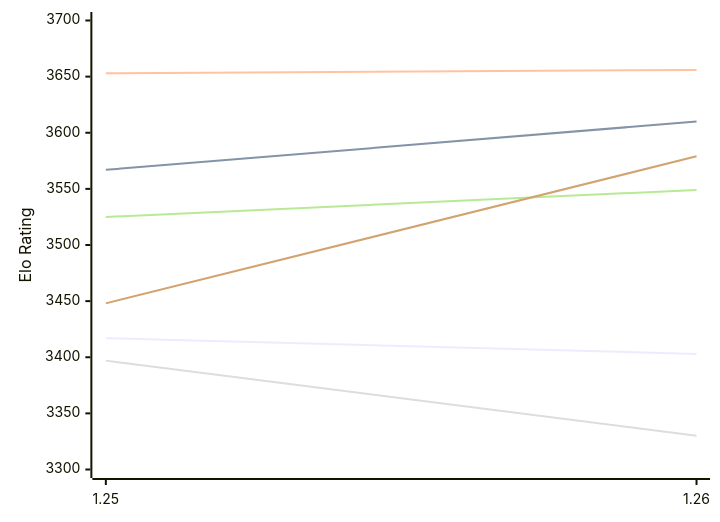
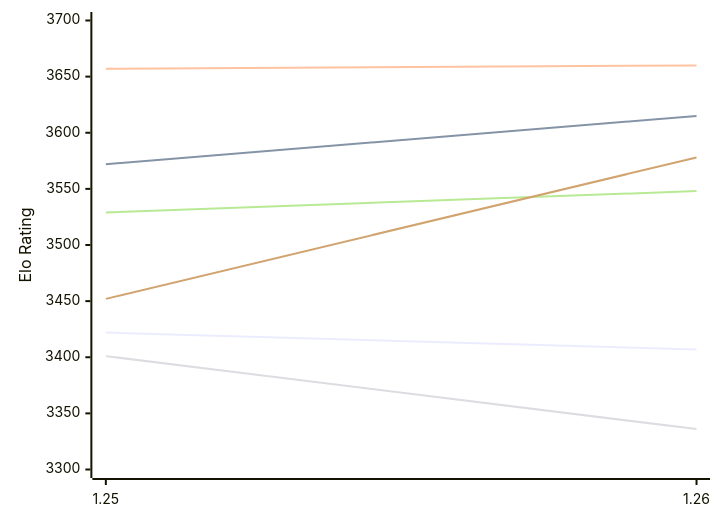
One commit to computer-chess-index/cci changed the first of 2 diagrams in engines/Caissa.md. Above: the diagram before and after it, drawn with Mermaid. The commit also changed other lines of this file, not shown here.

Commit message:
Update CCI Ratings (ELO VLTC) - 2026-11-20

````diff
--- a/engines/Caissa.md
+++ b/engines/Caissa.md
@@ -56,12 +56,12 @@
 ```mermaid
 %%{init: {"theme":"base","themeVariables":{"seriesColors:['#a3a3a3','#222221','#faa371']}}}%%
 xychart-beta
   x-axis ["1.25", "1.26"]
   y-axis "Elo Rating" 3300 --> 3700
-  line "E1: STC (8.0+0.08s)" [3417, 3403]
-  line "E1: LTC (60.0+0.60s)" [3567, 3610]
-  line "E1: VLTC (2m24s+1.12s)" [3653, 3656]
-  line "P1: STC (8.0+0.08s)" [3397, 3330]
-  line "P1: LTC (60.0+0.60s)" [3525, 3549]
-  line "P1: VLTC (2m24s+1.12s)" [3448, 3579]
+  line "E1: STC (8.0+0.08s)" [3422, 3407]
+  line "E1: LTC (60.0+0.60s)" [3572, 3615]
+  line "E1: VLTC (2m24s+1.12s)" [3657, 3660]
+  line "P1: STC (8.0+0.08s)" [3401, 3336]
+  line "P1: LTC (60.0+0.60s)" [3529, 3548]
+  line "P1: VLTC (2m24s+1.12s)" [3452, 3578]
 ```
````
